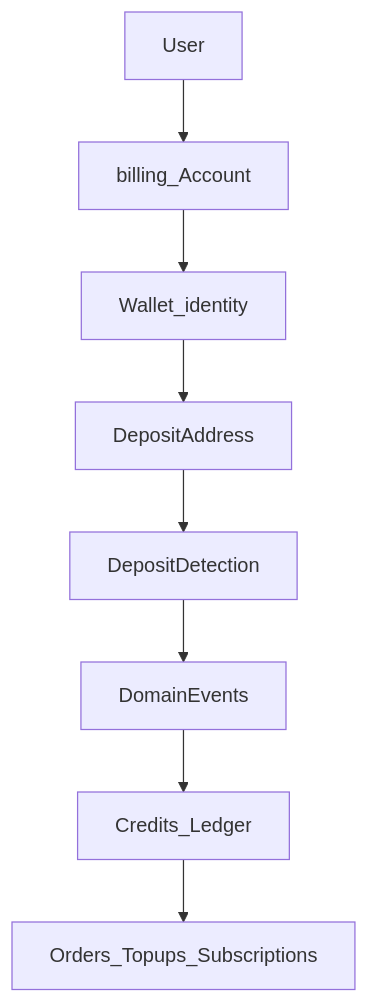
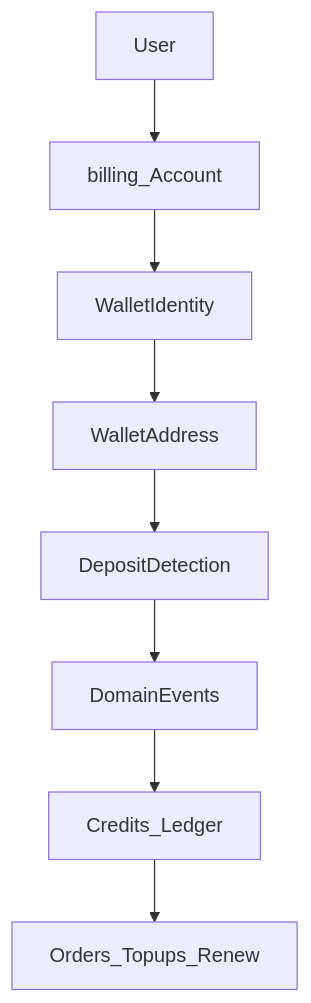
One commit to roamkit-net/roamkit-docs changed the diagram in docs/architecture/roamkit-wallet-platform-vision.md. Above: the diagram before and after it, drawn with Mermaid. The commit also changed other lines of this file and 4 other files, not shown here.

Commit message:
docs(architecture): Funding Boundary and Credits-only product spend (#69)

````diff
--- a/docs/architecture/roamkit-wallet-platform-vision.md
+++ b/docs/architecture/roamkit-wallet-platform-vision.md
@@ -102,16 +113,16 @@
 ```mermaid
 flowchart TD
   User[User]
   Account[billing_Account]
-  Wallet[Wallet_identity]
-  Addr[DepositAddress]
+  Identity[WalletIdentity]
+  Addr[WalletAddress]
   Detect[DepositDetection]
   Bus[DomainEvents]
   Credits[Credits_Ledger]
-  User --> Account --> Wallet
-  Wallet --> Addr
+  User --> Account --> Identity
+  Identity --> Addr
   Addr --> Detect
   Detect --> Bus
   Bus --> Credits
-  Credits --> Spend[Orders_Topups_Subscriptions]
+  Credits --> Spend[Orders_Topups_Renew]
 ```
````
